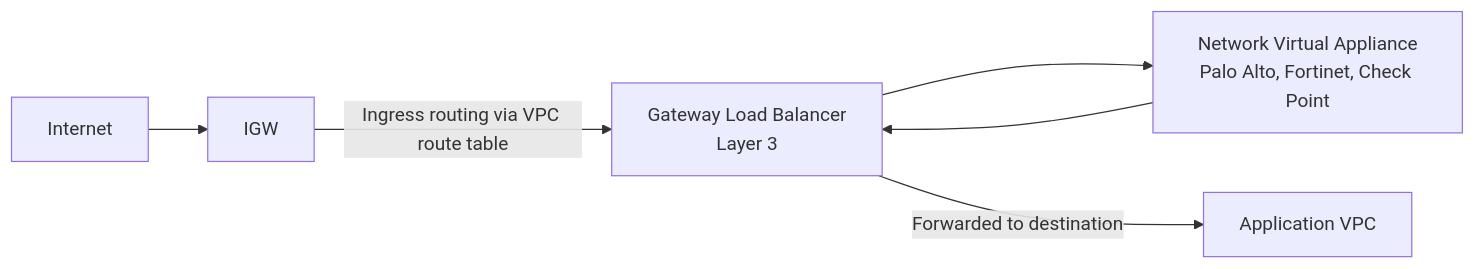
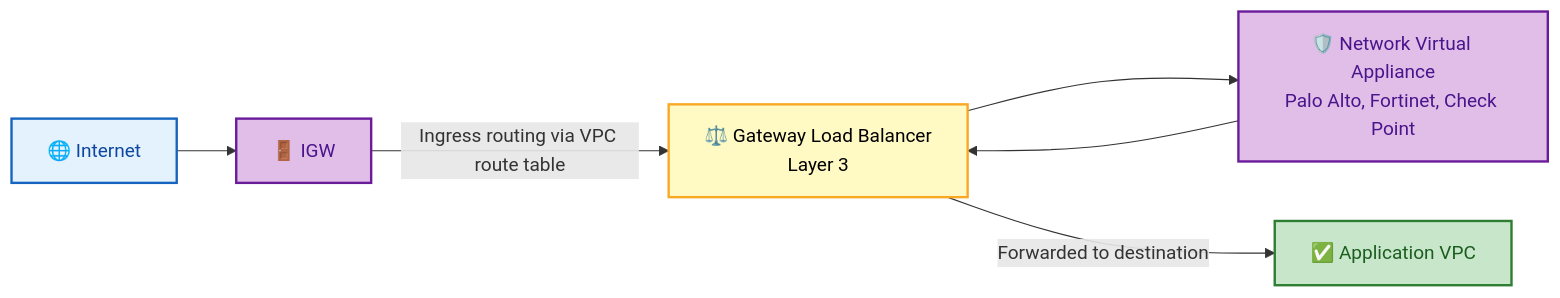
One commit to rakesh-budde/devops-guide changed the ninth of 13 diagrams in aws/03-NETWORKING.md. Above: the diagram before and after it, drawn with Mermaid. The commit also changed other lines of this file and 73 other files, not shown here.

````diff
--- a/aws/03-NETWORKING.md
+++ b/aws/03-NETWORKING.md
@@ -721,8 +904,19 @@
 ```mermaid
 graph LR
-    Internet --> IGW
-    IGW -->|Ingress routing via VPC route table| GWLB[Gateway Load Balancer<br/>Layer 3]
-    GWLB --> NVA[Network Virtual Appliance<br/>Palo Alto, Fortinet, Check Point]
+    Internet["🌐 Internet"] --> IGW["🚪 IGW"]
+    IGW -->|"Ingress routing via VPC route table"| GWLB["⚖️ Gateway Load Balancer<br/>Layer 3"]
+    GWLB --> NVA["🛡️ Network Virtual Appliance<br/>Palo Alto, Fortinet, Check Point"]
     NVA --> GWLB
-    GWLB -->|Forwarded to destination| AppVPC[Application VPC]
+    GWLB -->|"Forwarded to destination"| AppVPC["✅ Application VPC"]
+    class Internet start
+    class IGW ctrl
+    class GWLB proc
+    class NVA ctrl
+    class AppVPC good
+    classDef start fill:#e3f2fd,stroke:#1565c0,color:#0d47a1,stroke-width:2px;
+    classDef proc fill:#fff9c4,stroke:#f9a825,color:#000,stroke-width:2px;
+    classDef good fill:#c8e6c9,stroke:#2e7d32,color:#1b5e20,stroke-width:2px;
+    classDef bad fill:#ffcdd2,stroke:#c62828,color:#b71c1c,stroke-width:2px;
+    classDef ctrl fill:#e1bee7,stroke:#6a1b9a,color:#4a148c,stroke-width:2px;
+    classDef store fill:#ffe0b2,stroke:#e65100,color:#000,stroke-width:2px;
 ```
````
